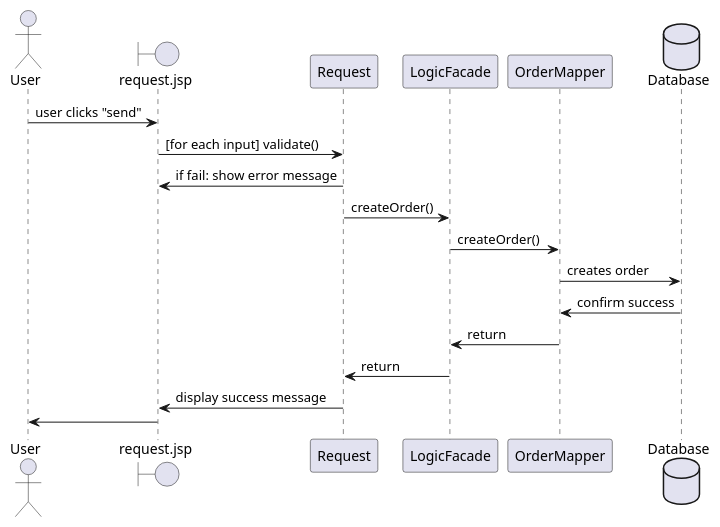
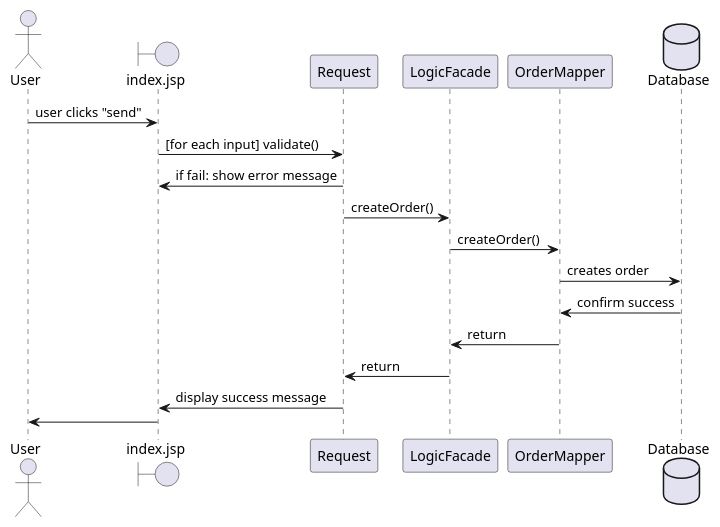
The diagram in other/diagrams/SequenceDiagramOrder.puml (olvang/Fogbyggemarked), drawn with PlantUML before and after one commit. The commit also changed 8 other files, not shown here.

Commit message:
Renames request.jsp to index.jsp + changes references

```diff
--- a/other/diagrams/SequenceDiagramOrder.puml
+++ b/other/diagrams/SequenceDiagramOrder.puml
@@ -1,22 +1,22 @@
 @startuml
 
 Actor User as user
-boundary "request.jsp" as request
+boundary "index.jsp" as request
 participant "Request" as req
 participant LogicFacade
 participant OrderMapper
 database "Database" as database
 
 user -> request : user clicks "send"
 request -> req : [for each input] validate()
 req -> request : if fail: show error message
 req -> LogicFacade : createOrder()
 LogicFacade -> OrderMapper : createOrder()
 OrderMapper -> database : creates order
 database -> OrderMapper : confirm success
 OrderMapper -> LogicFacade : return
 LogicFacade -> req : return
 req -> request : display success message
 request -> user
 
 @enduml
```
